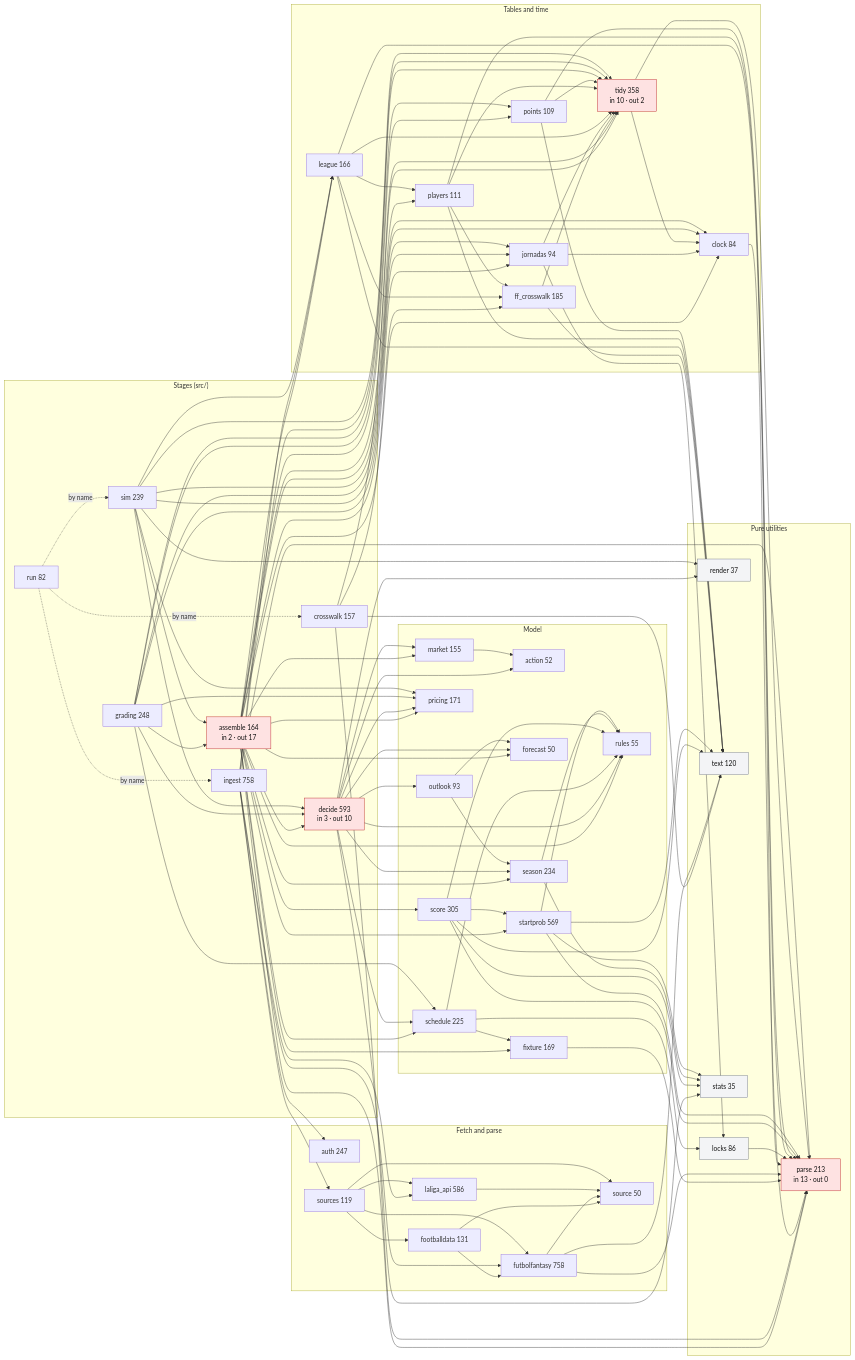
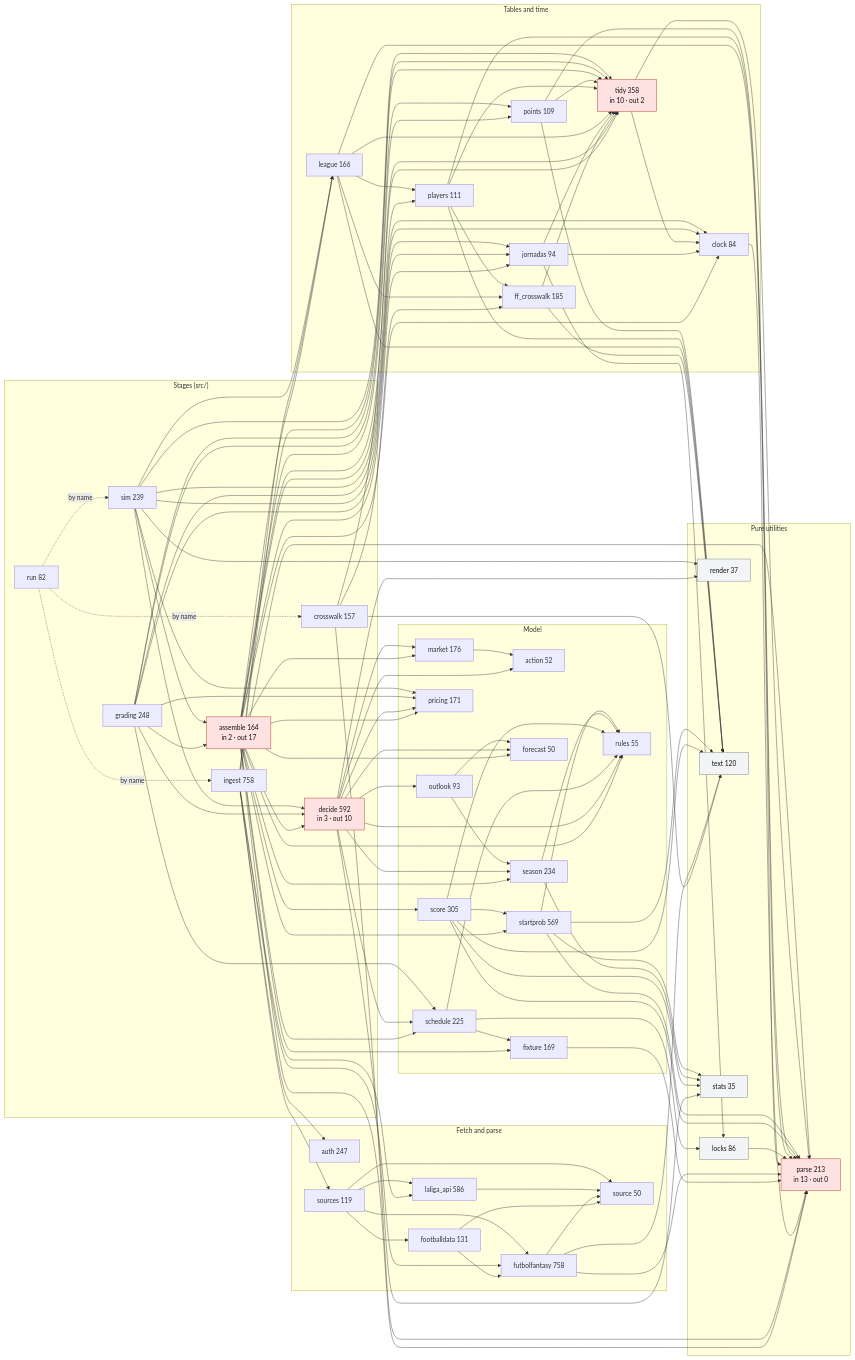
Before and after one commit to OrsM/liga_five_guys: the diagram in docs/modules.mmd, drawn with Mermaid. The commit also changed 7 other files, not shown here.

```diff
--- a/docs/modules.mmd
+++ b/docs/modules.mmd
@@ -1,155 +1,155 @@
 flowchart LR
     classDef hub fill:#fee2e2,stroke:#b91c1c,color:#111
     classDef leaf fill:#f3f4f6,stroke:#6b7280,color:#111
     subgraph stages["Stages (src/)"]
         assemble["assemble 164<br/>in 2 · out 17"]:::hub
         crosswalk["crosswalk 157"]
-        decide["decide 593<br/>in 3 · out 10"]:::hub
+        decide["decide 592<br/>in 3 · out 10"]:::hub
         grading["grading 248"]
         ingest["ingest 758"]
         run["run 82"]
         sim["sim 239"]
     end
     subgraph fetch["Fetch and parse"]
         auth["auth 247"]
         footballdata["footballdata 131"]
         futbolfantasy["futbolfantasy 758"]
         laliga_api["laliga_api 586"]
         source["source 50"]
         sources["sources 119"]
     end
     subgraph data["Tables and time"]
         clock["clock 84"]
         ff_crosswalk["ff_crosswalk 185"]
         jornadas["jornadas 94"]
         league["league 166"]
         players["players 111"]
         points["points 109"]
         tidy["tidy 358<br/>in 10 · out 2"]:::hub
     end
     subgraph model["Model"]
         action["action 52"]
         fixture["fixture 169"]
         forecast["forecast 50"]
-        market["market 155"]
+        market["market 176"]
         outlook["outlook 93"]
         pricing["pricing 171"]
         rules["rules 55"]
         schedule["schedule 225"]
         score["score 305"]
         season["season 234"]
         startprob["startprob 569"]
     end
     subgraph util["Pure utilities"]
         locks["locks 86"]:::leaf
         parse["parse 213<br/>in 13 · out 0"]:::hub
         render["render 37"]:::leaf
         text["text 120"]:::leaf
         stats["stats 35"]:::leaf
     end
     run -. "by name" .-> ingest
     run -. "by name" .-> crosswalk
     run -. "by name" .-> sim
     assemble --> decide
     assemble --> clock
     assemble --> fixture
     assemble --> forecast
     assemble --> jornadas
     assemble --> league
     assemble --> market
     assemble --> parse
     assemble --> players
     assemble --> points
     assemble --> pricing
     assemble --> rules
     assemble --> schedule
     assemble --> score
     assemble --> season
     assemble --> startprob
     assemble --> tidy
     crosswalk --> ff_crosswalk
     crosswalk --> parse
     crosswalk --> text
     crosswalk --> tidy
     decide --> action
     decide --> forecast
     decide --> market
     decide --> outlook
     decide --> pricing
     decide --> render
     decide --> rules
     decide --> schedule
     decide --> season
     decide --> stats
     clock --> parse
     ff_crosswalk --> text
     ff_crosswalk --> tidy
     fixture --> parse
     footballdata --> futbolfantasy
     footballdata --> source
     futbolfantasy --> parse
     futbolfantasy --> source
     futbolfantasy --> text
     jornadas --> clock
     jornadas --> locks
     jornadas --> tidy
     laliga_api --> source
     league --> ff_crosswalk
     league --> parse
     league --> players
     league --> text
     league --> tidy
     locks --> parse
     market --> action
     outlook --> forecast
     outlook --> season
     players --> ff_crosswalk
     players --> parse
     players --> text
     players --> tidy
     points --> parse
     points --> text
     points --> tidy
     schedule --> fixture
     schedule --> locks
     schedule --> rules
     score --> parse
     score --> rules
     score --> startprob
     score --> text
     score --> stats
     season --> rules
     season --> stats
     startprob --> parse
     startprob --> rules
     startprob --> text
     startprob --> stats
     tidy --> clock
     tidy --> parse
     grading --> assemble
     grading --> decide
     grading --> clock
     grading --> jornadas
     grading --> points
     grading --> pricing
     grading --> schedule
     grading --> tidy
     ingest --> auth
     ingest --> futbolfantasy
     ingest --> laliga_api
     ingest --> league
     ingest --> parse
     ingest --> tidy
     ingest --> sources
     sim --> assemble
     sim --> decide
     sim --> clock
     sim --> jornadas
     sim --> league
     sim --> pricing
     sim --> render
     sim --> tidy
     sources --> footballdata
     sources --> futbolfantasy
     sources --> laliga_api
     sources --> source
```
